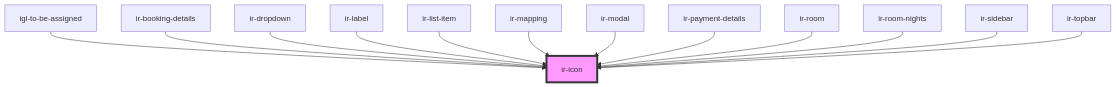
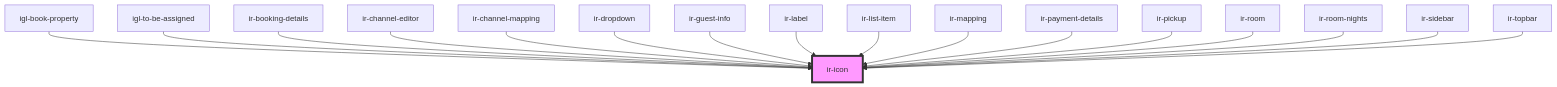
Before and after one commit to David1Chowaifaty/modified-ir-webcmp: the diagram in src/components/ir-icon/readme.md, drawn with Mermaid. The commit also changed other lines of this file and 28 other files, not shown here.

````diff
--- a/src/components/ir-icon/readme.md
+++ b/src/components/ir-icon/readme.md
@@ -40,16 +44,20 @@
 ```mermaid
 graph TD;
+  igl-book-property --> ir-icon
   igl-to-be-assigned --> ir-icon
   ir-booking-details --> ir-icon
+  ir-channel-editor --> ir-icon
+  ir-channel-mapping --> ir-icon
   ir-dropdown --> ir-icon
+  ir-guest-info --> ir-icon
   ir-label --> ir-icon
   ir-list-item --> ir-icon
   ir-mapping --> ir-icon
-  ir-modal --> ir-icon
   ir-payment-details --> ir-icon
+  ir-pickup --> ir-icon
   ir-room --> ir-icon
   ir-room-nights --> ir-icon
   ir-sidebar --> ir-icon
   ir-topbar --> ir-icon
   style ir-icon fill:#f9f,stroke:#333,stroke-width:4px
 ```
````
